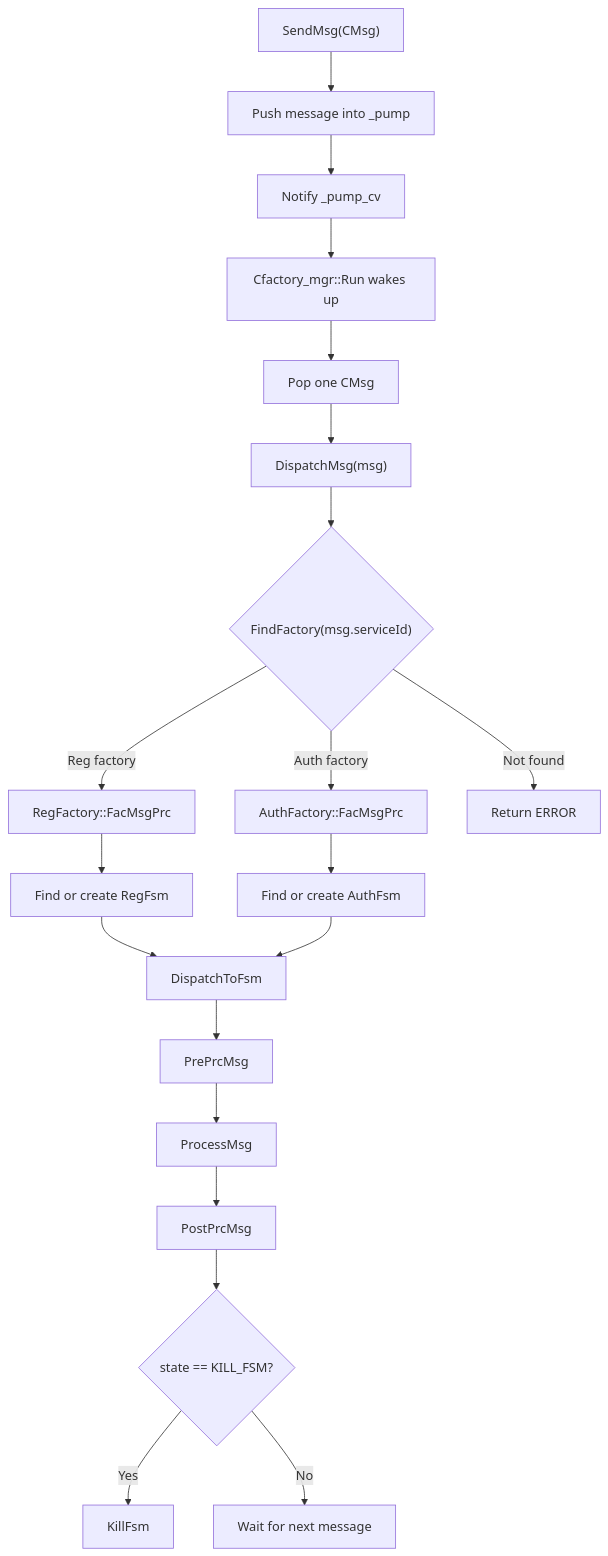
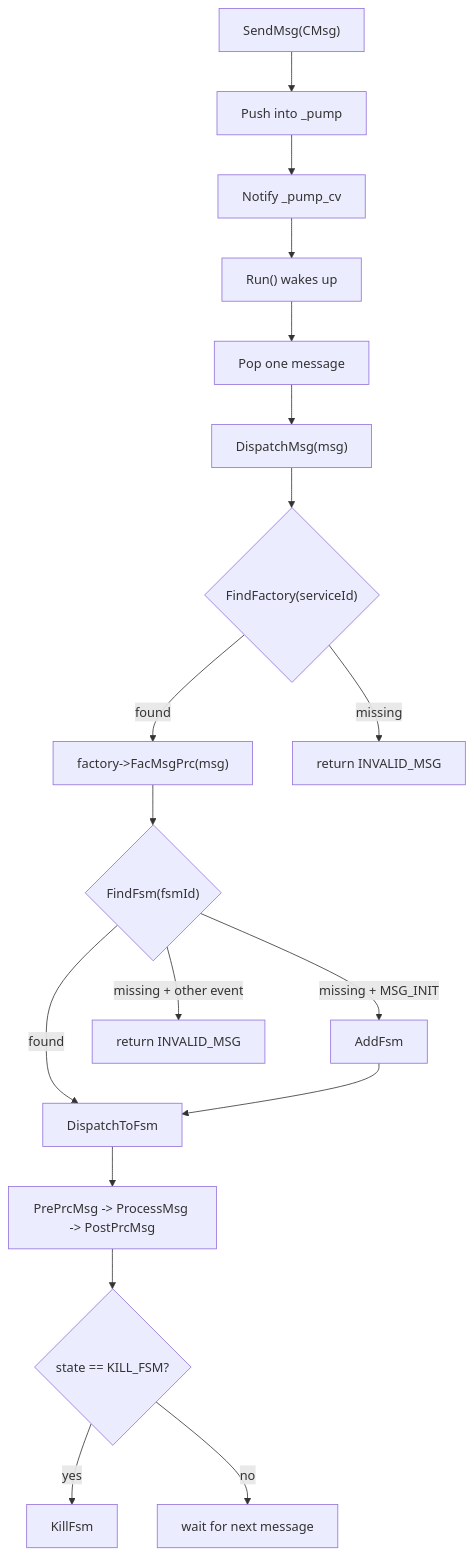
The second of 4 diagrams in docs/design.md (uefva/FsmFramework), drawn with Mermaid before and after one commit. The commit also changed other lines of this file and 3 other files, not shown here.

````diff
--- a/docs/design.md
+++ b/docs/design.md
@@ -446,26 +250,20 @@
 ```mermaid
 flowchart TD
-    A["SendMsg(CMsg)"] --> B["Push message into _pump"]
+    A["SendMsg(CMsg)"] --> B["Push into _pump"]
     B --> C["Notify _pump_cv"]
-    C --> D["Cfactory_mgr::Run wakes up"]
-    D --> E["Pop one CMsg"]
+    C --> D["Run() wakes up"]
+    D --> E["Pop one message"]
     E --> F["DispatchMsg(msg)"]
-    F --> G{"FindFactory(msg.serviceId)"}
-
-    G -- "Reg factory" --> H["RegFactory::FacMsgPrc"]
-    G -- "Auth factory" --> I["AuthFactory::FacMsgPrc"]
-    G -- "Not found" --> J["Return ERROR"]
-
-    H --> K["Find or create RegFsm"]
-    I --> L["Find or create AuthFsm"]
-
-    K --> M["DispatchToFsm"]
-    L --> M
-
-    M --> N["PrePrcMsg"]
-    N --> O["ProcessMsg"]
-    O --> P["PostPrcMsg"]
-    P --> Q{"state == KILL_FSM?"}
-    Q -- "Yes" --> R["KillFsm"]
-    Q -- "No" --> S["Wait for next message"]
+    F --> G{"FindFactory(serviceId)"}
+    G -- "found" --> H["factory->FacMsgPrc(msg)"]
+    G -- "missing" --> I["return INVALID_MSG"]
+    H --> J{"FindFsm(fsmId)"}
+    J -- "found" --> K["DispatchToFsm"]
+    J -- "missing + MSG_INIT" --> L["AddFsm"]
+    J -- "missing + other event" --> M["return INVALID_MSG"]
+    L --> K
+    K --> N["PrePrcMsg -> ProcessMsg -> PostPrcMsg"]
+    N --> O{"state == KILL_FSM?"}
+    O -- "yes" --> P["KillFsm"]
+    O -- "no" --> Q["wait for next message"]
 ```
````
